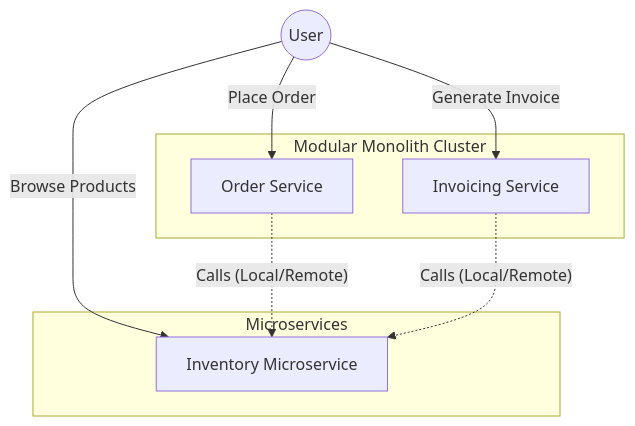
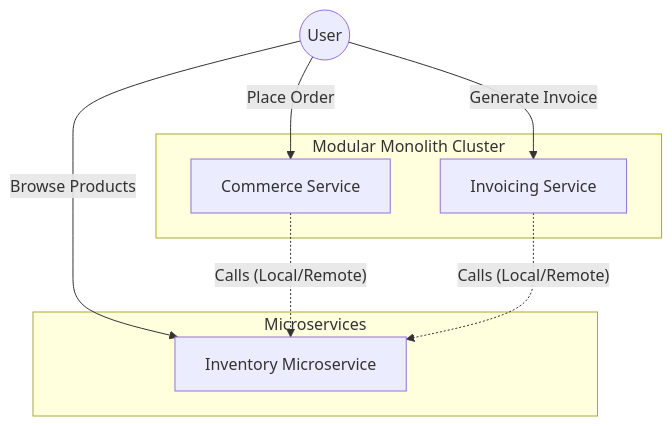
One commit to rodrgz/quarkus-modular-monolith changed the first of 4 diagrams in README.md. Above: the diagram before and after it, drawn with Mermaid. The commit also changed other lines of this file and 55 other files, not shown here.

````diff
--- a/README.md
+++ b/README.md
@@ -27,20 +27,20 @@
 ```mermaid
 graph TD
     User((User))
     
     subgraph "Modular Monolith Cluster"
-        OS[Order Service]
+        CS[Commerce Service]
         IS[Invoicing Service]
     end
     
     subgraph "Microservices"
         IM[Inventory Microservice]
     end
 
-    User -->|Place Order| OS
+    User -->|Place Order| CS
     User -->|Generate Invoice| IS
     User -->|Browse Products| IM
     
-    OS -.->|"Calls (Local/Remote)"| IM
+    CS -.->|"Calls (Local/Remote)"| IM
     IS -.->|"Calls (Local/Remote)"| IM
 ```
````
